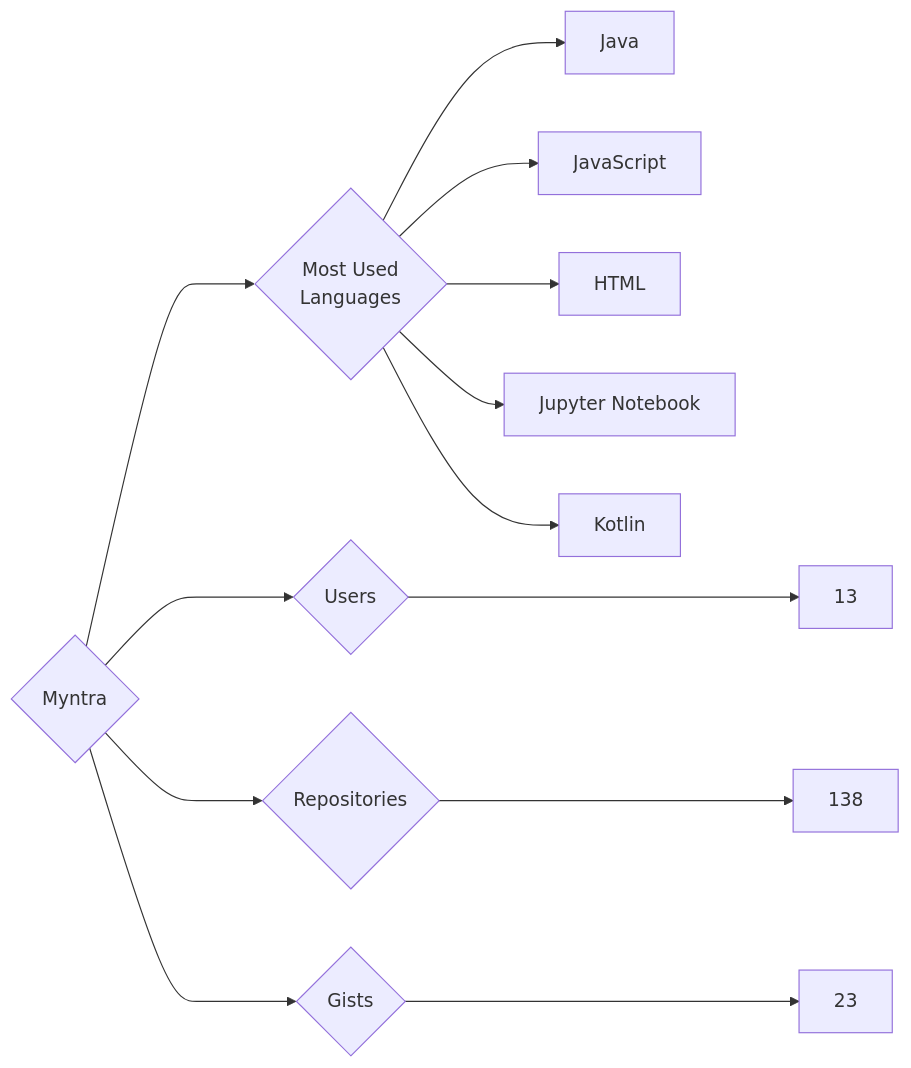
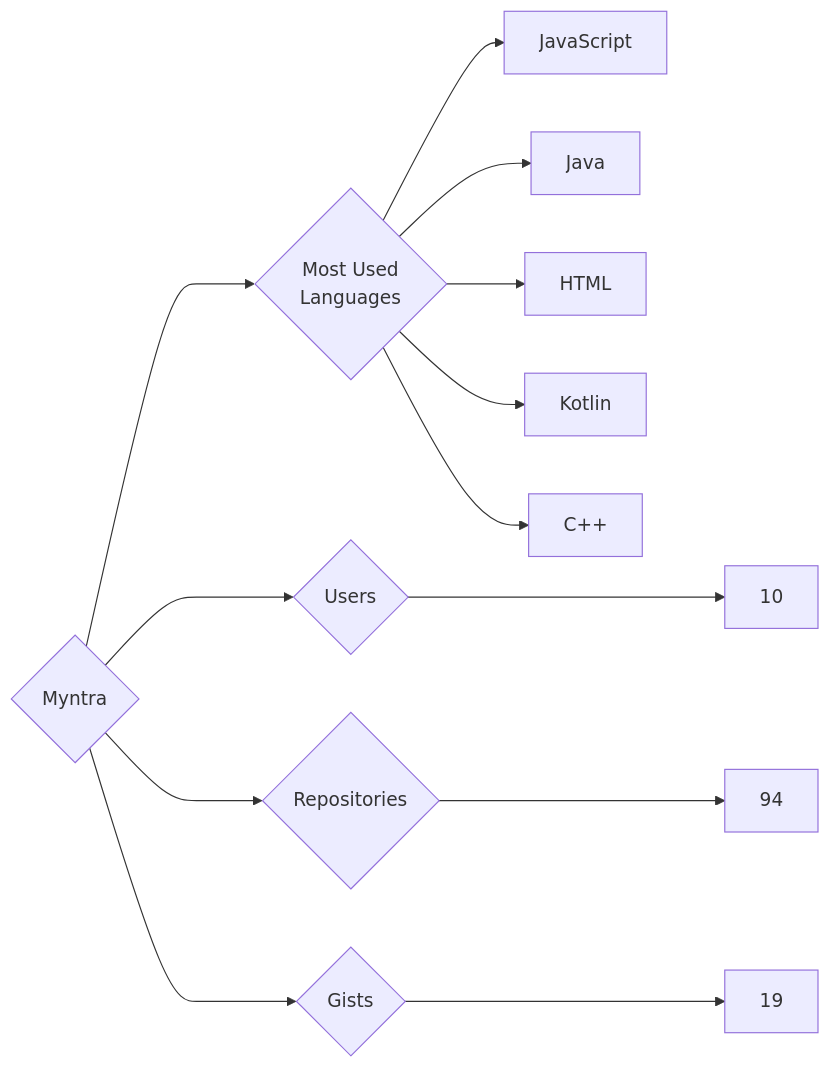
The diagram in targets/Myntra/README.md (trickest/insiders), drawn with Mermaid before and after one commit. The commit also changed 1484 other files, not shown here.

````diff
--- a/targets/Myntra/README.md
+++ b/targets/Myntra/README.md
@@ -3,13 +3,13 @@
 ```mermaid
 graph LR
 COMPANY_NAME{Myntra}
-COMPANY_NAME ---> U{Users} ---> UN[13]
-COMPANY_NAME ---> R{Repositories} ---> RN[138]
-COMPANY_NAME ---> G{Gists} ---> GN[23]
+COMPANY_NAME ---> U{Users} ---> UN[10]
+COMPANY_NAME ---> R{Repositories} ---> RN[94]
+COMPANY_NAME ---> G{Gists} ---> GN[19]
 COMPANY_NAME ---> ML{Most Used<br>Languages}
+ML --> JavaScript[JavaScript]
 ML --> Java[Java]
-ML --> JavaScript[JavaScript]
 ML --> HTML[HTML]
-ML --> Jupyter_Notebook[Jupyter Notebook]
 ML --> Kotlin[Kotlin]
+ML --> C++[C++]
 ```
````
